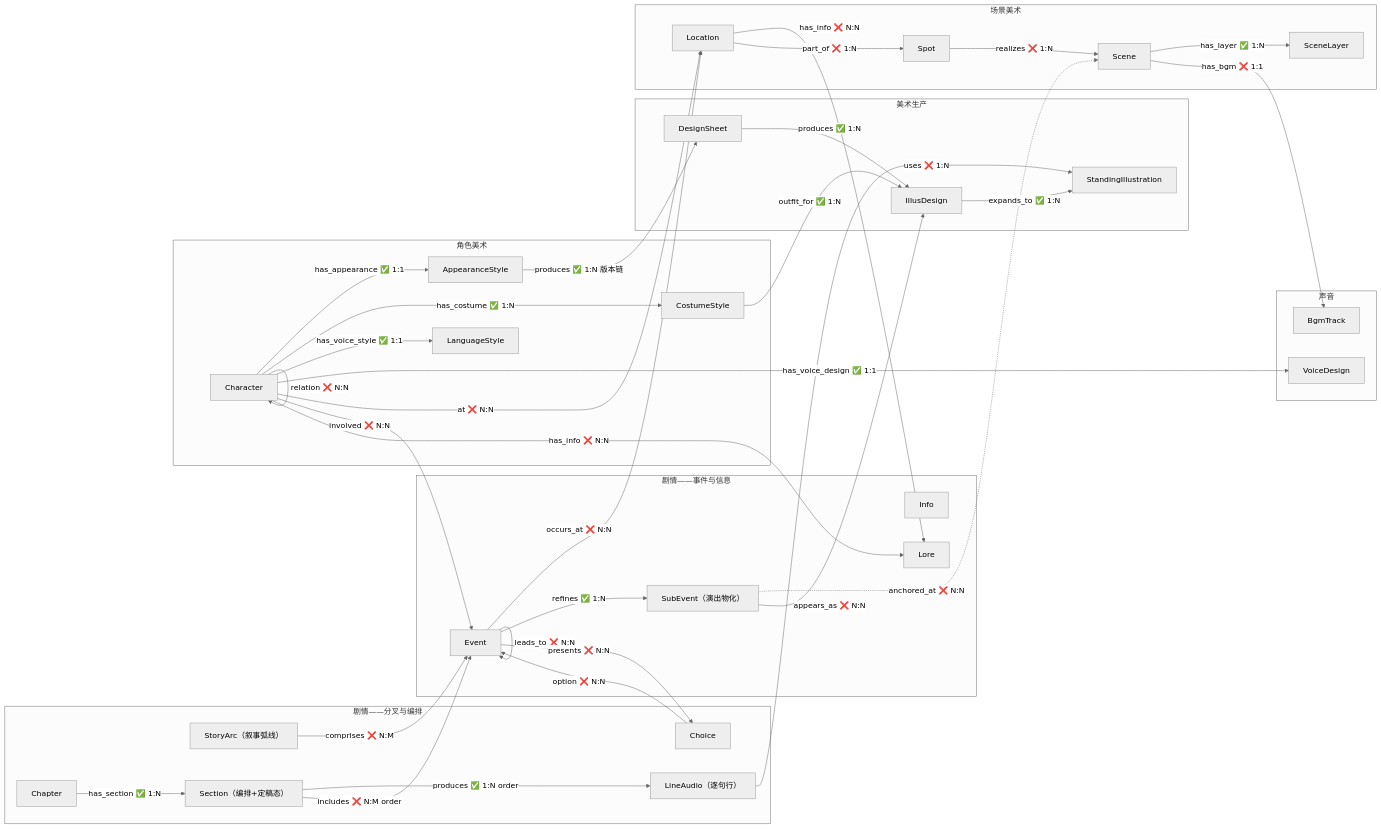
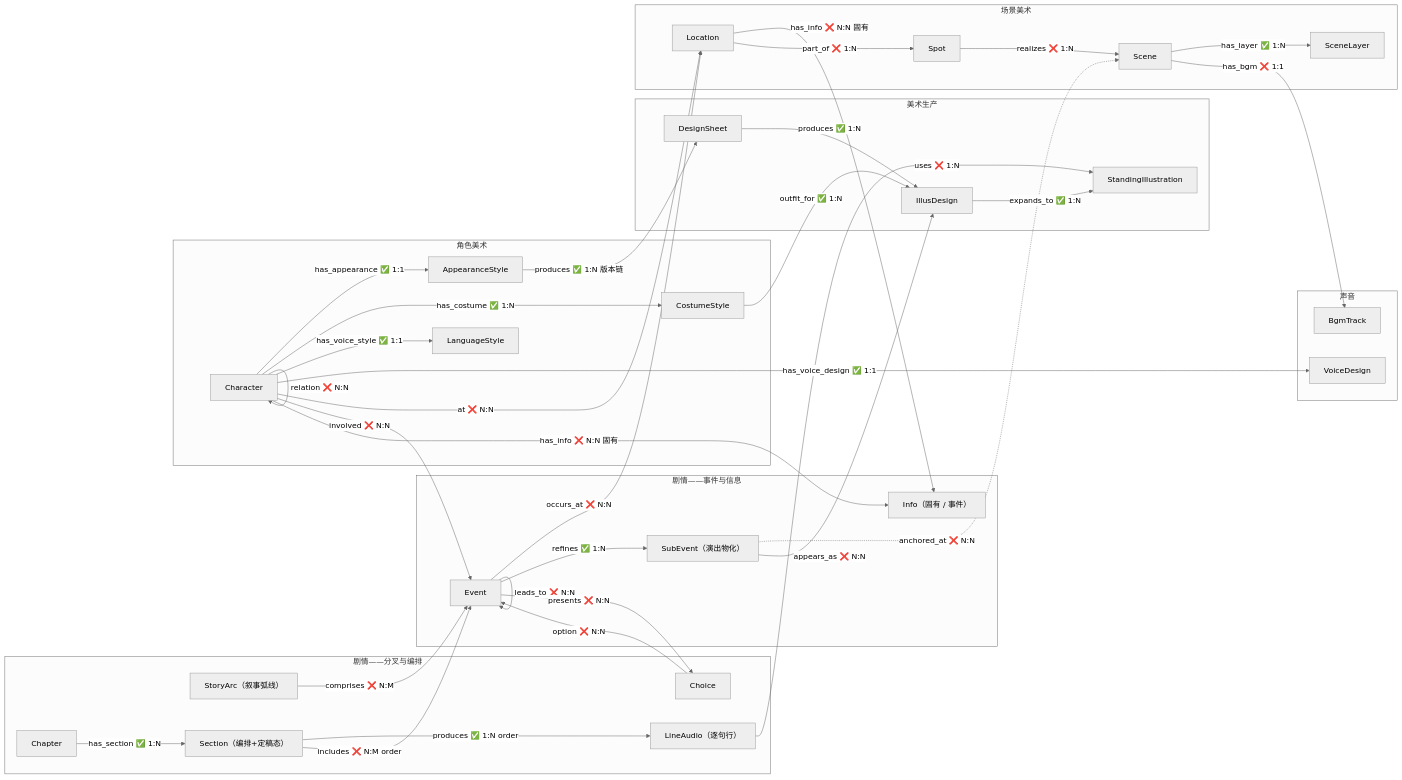
One commit to CrazyJinn/ProxyLove changed the first of 5 diagrams in 00_init/Schema总览.md. Above: the diagram before and after it, drawn with Mermaid (neutral theme). The commit also changed other lines of this file and 29 other files, not shown here.

````diff
--- a/00_init/Schema总览.md
+++ b/00_init/Schema总览.md
@@ -116,72 +115,71 @@
 ```mermaid
 flowchart LR
     subgraph 剧情_事件["剧情——事件与信息"]
         Event["Event"]
         SubEvent["SubEvent（演出物化）"]
-        Info["Info"]
-        Lore["Lore"]
+        Info["Info（固有 / 事件）"]
     end
 
     subgraph 剧情_编排["剧情——分叉与编排"]
         Choice["Choice"]
         StoryArc["StoryArc（叙事弧线）"]
         Chapter["Chapter"]
         Section["Section（编排+定稿态）"]
         LineAudio["LineAudio（逐句行）"]
     end
 
     subgraph 角色美术["角色美术"]
         Character["Character"]
         Appearance["AppearanceStyle"]
         Costume["CostumeStyle"]
         Language["LanguageStyle"]
     end
 
     subgraph 美术生产["美术生产"]
         DesignSheet["DesignSheet"]
         IllusDesign["IllusDesign"]
         StandingIllus["StandingIllustration"]
     end
 
     subgraph 场景美术["场景美术"]
         Location["Location"]
         Spot["Spot"]
         Scene["Scene"]
         SceneLayer["SceneLayer"]
     end
 
     subgraph 声音["声音"]
         Voice["VoiceDesign"]
         BgmTrack["BgmTrack"]
     end
 
     Character -->|"has_appearance ✅ 1:1"| Appearance
     Character -->|"has_costume ✅ 1:N"| Costume
     Character -->|"has_voice_style ✅ 1:1"| Language
     Character -->|"has_voice_design ✅ 1:1"| Voice
     Character -->|"relation ❌ N:N"| Character
     Character -->|"at ❌ N:N"| Location
     Character -->|"involved ❌ N:N"| Event
-    Character -->|"has_info ❌ N:N"| Lore
-    Location -->|"has_info ❌ N:N"| Lore
+    Character -->|"has_info ❌ N:N 固有"| Info
+    Location -->|"has_info ❌ N:N 固有"| Info
     Appearance -->|"produces ✅ 1:N 版本链"| DesignSheet
     Costume -->|"outfit_for ✅ 1:N"| IllusDesign
     DesignSheet -->|"produces ✅ 1:N"| IllusDesign
     Event -->|"occurs_at ❌ N:N"| Location
     Event -->|"refines ✅ 1:N"| SubEvent
     SubEvent -.->|"anchored_at ❌ N:N"| Scene
     SubEvent -->|"appears_as ❌ N:N"| IllusDesign
     Event -->|"leads_to ❌ N:N"| Event
     Event -->|"presents ❌ N:N"| Choice
     Choice -->|"option ❌ N:N"| Event
     StoryArc -->|"comprises ❌ N:M"| Event
     IllusDesign -->|"expands_to ✅ 1:N"| StandingIllus
     Location -->|"part_of ❌ 1:N"| Spot
     Spot -->|"realizes ❌ 1:N"| Scene
     Scene -->|"has_layer ✅ 1:N"| SceneLayer
     Chapter -->|"has_section ✅ 1:N"| Section
     Section -->|"produces ✅ 1:N order"| LineAudio
     Section -->|"includes ❌ N:M order"| Event
     LineAudio -->|"uses ❌ 1:N"| StandingIllus
     Scene -->|"has_bgm ❌ 1:1"| BgmTrack
 ```
````
